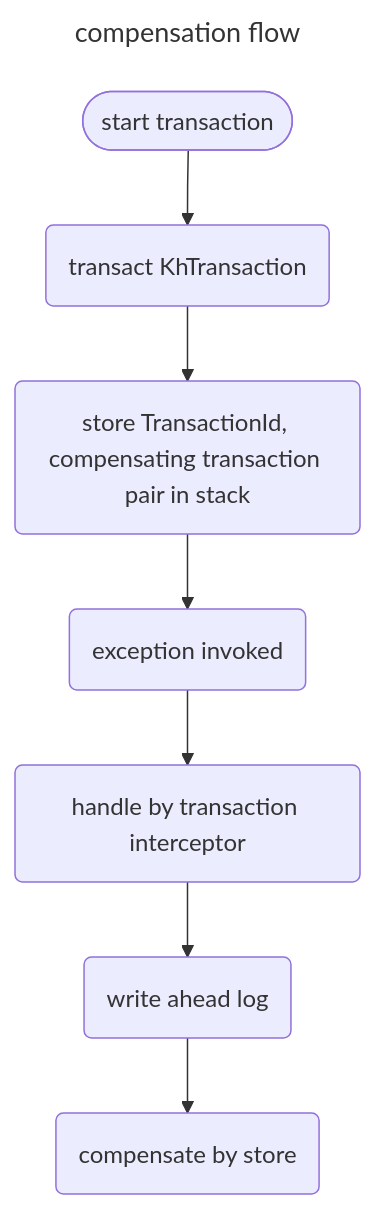
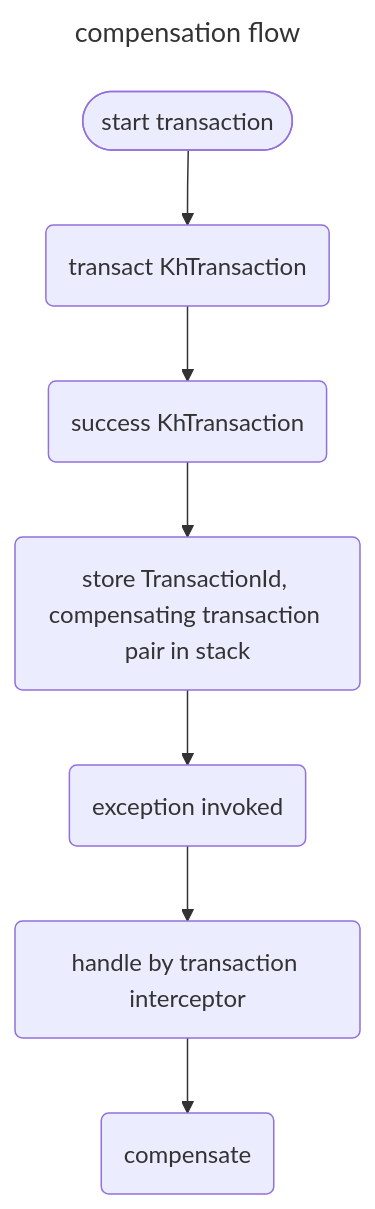
Before and after one commit to keyhub-projects/distributed-transaction-kit: the first of 6 diagrams in README.md, drawn with Mermaid. The commit also changed other lines of this file and 1 other file, not shown here.

First line of the commit message:
Feature/single transaction (#6)

````diff
--- a/README.md
+++ b/README.md
@@ -19,14 +24,14 @@
 ```mermaid
 ---
 title: compensation flow
 ---
 flowchart
     start([start transaction])
-    transaction(transact KhTransaction)
+    khTransaction(transact KhTransaction)
+    khTransactionSuccess(success KhTransaction)
     storeTransactionId(store TransactionId, compensating transaction pair in stack)
     exception(exception invoked)
     handleByInterceptor(handle by transaction interceptor)
-    wal(write ahead log)
-    compensateByStore(compensate by store)
-    start --> transaction --> storeTransactionId --> exception --> handleByInterceptor --> wal --> compensateByStore
+    compensate(compensate)
+    start --> khTransaction --> khTransactionSuccess --> storeTransactionId --> exception --> handleByInterceptor --> compensate
 ```
````
